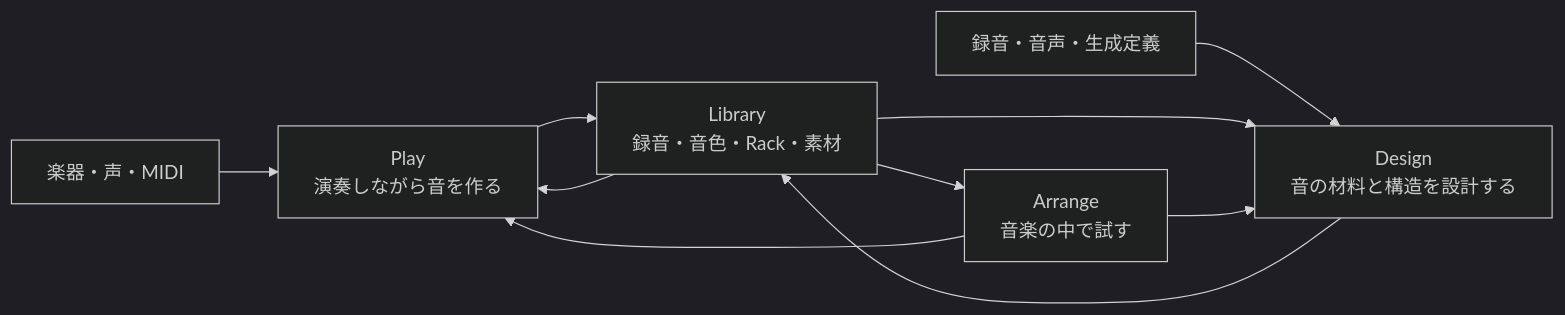
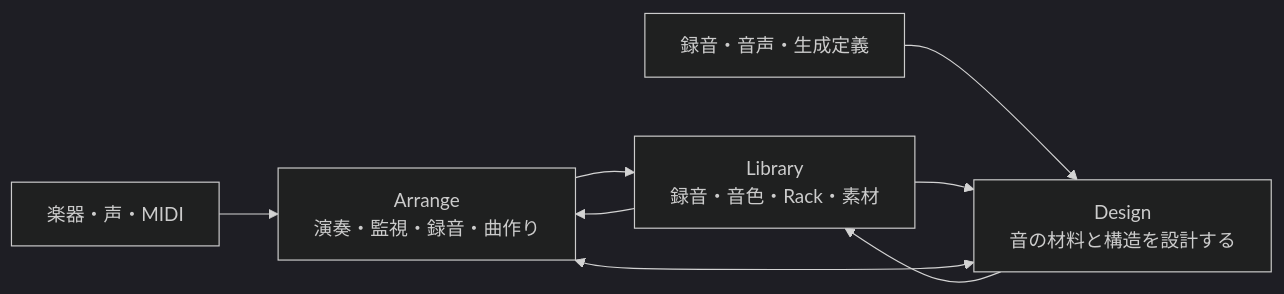
One commit to endo-ly/riffra changed the first of 12 diagrams in docs/ui-ux-design/ui-ux-design.md. Above: the diagram before and after it, drawn with Mermaid (dark theme). The commit also changed other lines of this file and 10 other files, not shown here.

Commit message:
docs: merge Play into Arrange and add headless CLI protocol

````diff
--- a/docs/ui-ux-design/ui-ux-design.md
+++ b/docs/ui-ux-design/ui-ux-design.md
@@ -19,12 +19,10 @@
 ```mermaid
 flowchart LR
-    INPUT["楽器・声・MIDI"] --> PLAY["Play<br/>演奏しながら音を作る"]
+    INPUT["楽器・声・MIDI"] --> ARRANGE["Arrange<br/>演奏・監視・録音・曲作り"]
     SOURCE["録音・音声・生成定義"] --> DESIGN["Design<br/>音の材料と構造を設計する"]
-    PLAY --> ASSET["Library<br/>録音・音色・Rack・素材"]
+    ARRANGE --> ASSET["Library<br/>録音・音色・Rack・素材"]
     DESIGN --> ASSET
-    ASSET --> PLAY
+    ASSET --> ARRANGE
     ASSET --> DESIGN
-    ASSET --> ARRANGE["Arrange<br/>音楽の中で試す"]
-    ARRANGE --> PLAY
-    ARRANGE --> DESIGN
+    ARRANGE <--> DESIGN
 ```
````
